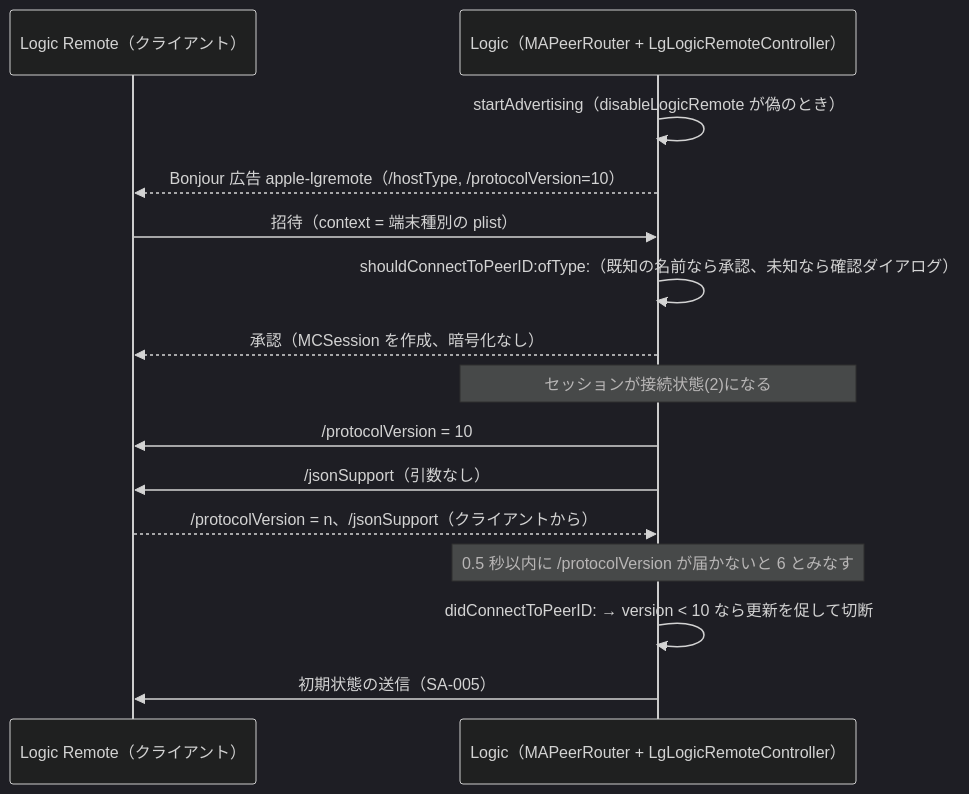
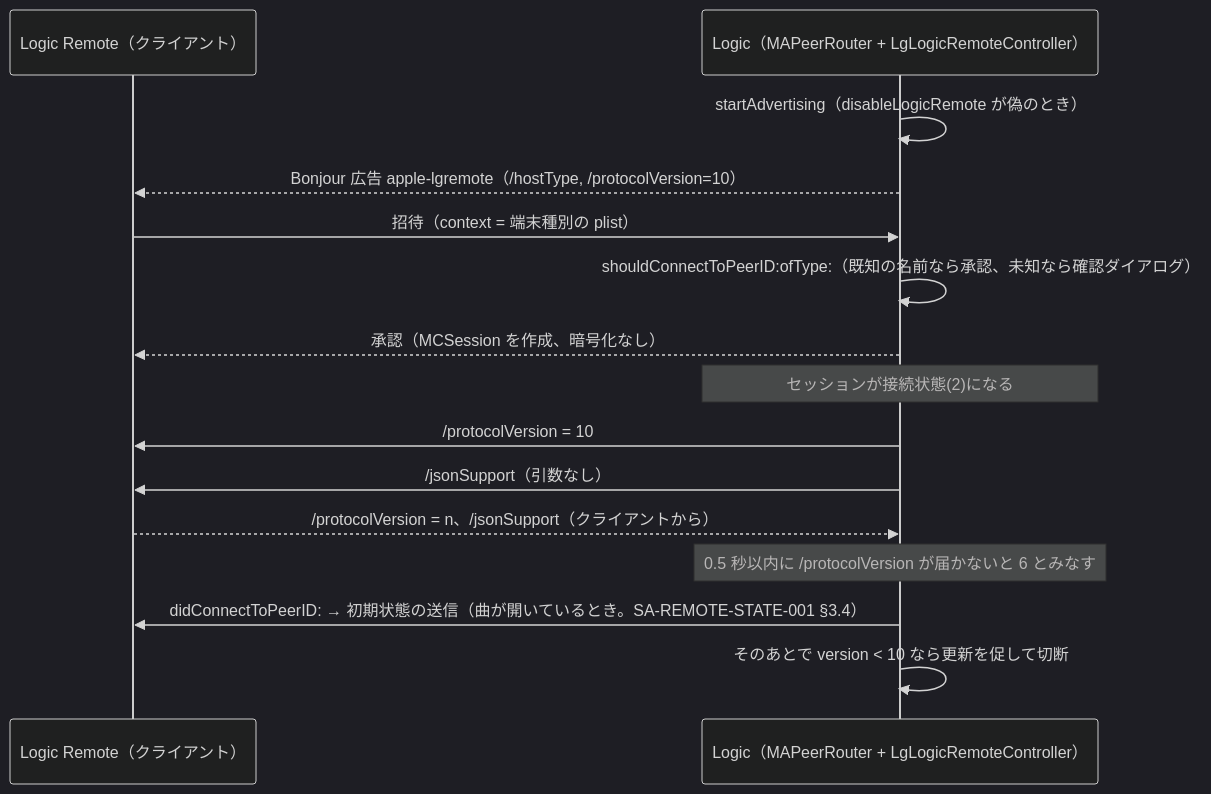
One commit to uniuninaruru/logic-pro-ctl changed the diagram in Research/static-analysis/SA-REMOTE-SESSION-001.md. Above: the diagram before and after it, drawn with Mermaid (dark theme). The commit also changed other lines of this file and 1 other file, not shown here.

Commit message:
SA-REMOTE-SESSION-001: the connect block sends the initial state before it checks the version
The sequence diagram had the order the other way round. Whether the peer's
version is already settled when the block runs is still unconfirmed.

````diff
--- a/Research/static-analysis/SA-REMOTE-SESSION-001.md
+++ b/Research/static-analysis/SA-REMOTE-SESSION-001.md
@@ -19,17 +19,17 @@
 ```mermaid
 sequenceDiagram
     participant R as Logic Remote（クライアント）
     participant L as Logic（MAPeerRouter + LgLogicRemoteController）
     L->>L: startAdvertising（disableLogicRemote が偽のとき）
     L-->>R: Bonjour 広告 apple-lgremote（/hostType, /protocolVersion=10）
     R->>L: 招待（context = 端末種別の plist）
     L->>L: shouldConnectToPeerID:ofType:（既知の名前なら承認、未知なら確認ダイアログ）
     L-->>R: 承認（MCSession を作成、暗号化なし）
     Note over L: セッションが接続状態(2)になる
     L->>R: /protocolVersion = 10
     L->>R: /jsonSupport（引数なし）
     R-->>L: /protocolVersion = n、/jsonSupport（クライアントから）
     Note over L: 0.5 秒以内に /protocolVersion が届かないと 6 とみなす
-    L->>L: didConnectToPeerID: → version < 10 なら更新を促して切断
-    L->>R: 初期状態の送信（SA-005）
+    L->>R: didConnectToPeerID: → 初期状態の送信（曲が開いているとき。SA-REMOTE-STATE-001 §3.4）
+    L->>L: そのあとで version < 10 なら更新を促して切断
 ```
````
